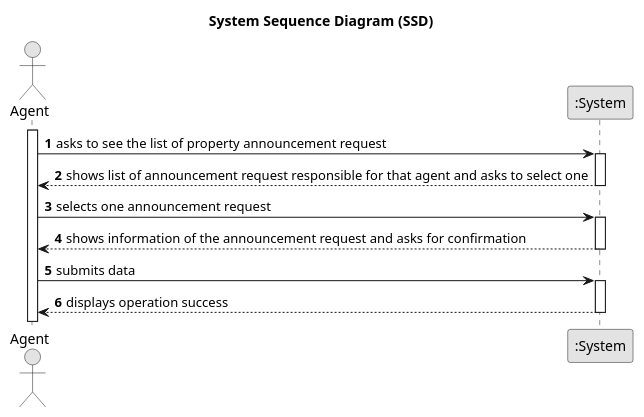
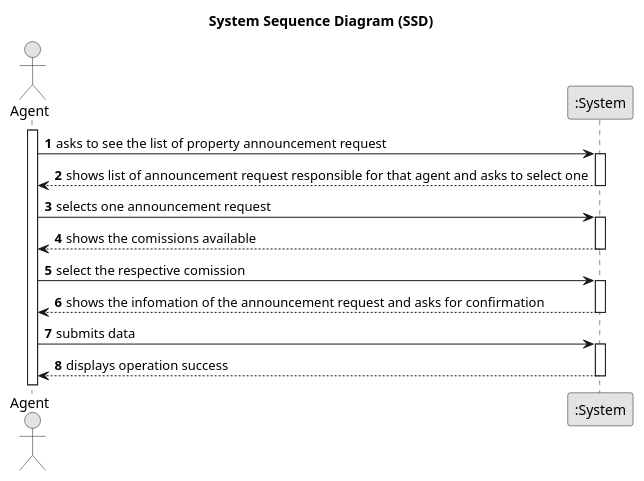
The diagram in docs/sprintC/US08/01.requirements-engineering/puml/us08-system-sequence-diagram.puml (PureNimble/ISEP-LAPR2), drawn with PlantUML before and after one commit. The commit also changed 1 other file, not shown here.

```diff
--- a/docs/sprintC/US08/01.requirements-engineering/puml/us08-system-sequence-diagram.puml
+++ b/docs/sprintC/US08/01.requirements-engineering/puml/us08-system-sequence-diagram.puml
@@ -1,37 +1,42 @@
 @startuml
 skinparam monochrome true
 skinparam packageStyle rectangle
 skinparam shadowing false
 
 title System Sequence Diagram (SSD)
 
 autonumber
 
 actor "Agent" as Agent
 participant ":System" as System
 
 activate Agent
 
     Agent -> System : asks to see the list of property announcement request
     activate System
 
      System --> Agent : shows list of announcement request responsible for that agent and asks to select one
         deactivate System
 
             Agent -> System : selects one announcement request
             activate System
 
 
-System --> Agent: shows information of the announcement request and asks for confirmation
+System --> Agent:shows the comissions available
 deactivate System
 
+Agent -> System:select the respective comission
+activate System
+
+System --> Agent: shows the infomation of the announcement request and asks for confirmation
+deactivate System
 
  Agent -> System : submits data
     activate System
 
         System --> Agent : displays operation success
     deactivate System
 
 
 
 @enduml
```
